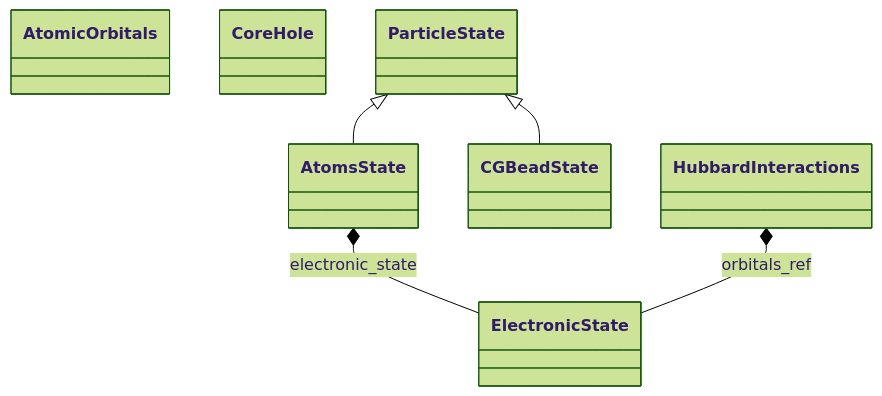
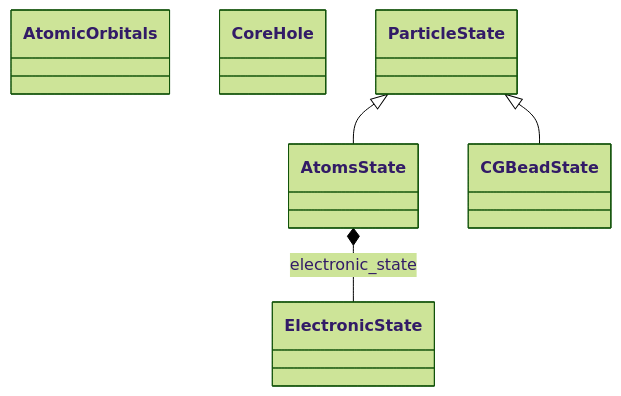
The diagram in docs/schema/particle_states.md (FAIRmat-NFDI/nomad-simulations), drawn with Mermaid (forest theme) before and after one commit. The commit also changed other lines of this file and 8 other files, not shown here.

First line of the commit message:
Relocate `HubbardInteractions` to `model_method.py` as a Hamiltonian term (#421) (#449)

````diff
--- a/docs/schema/particle_states.md
+++ b/docs/schema/particle_states.md
@@ -11,14 +11,12 @@
 ```mermaid
 classDiagram
     class AtomicOrbitals
     class AtomsState
     class CGBeadState
     class CoreHole
     class ElectronicState
-    class HubbardInteractions
     class ParticleState
     ParticleState <|-- AtomsState
     ParticleState <|-- CGBeadState
     AtomsState *-- ElectronicState : electronic_state
-    HubbardInteractions *-- ElectronicState : orbitals_ref
 ```
````
